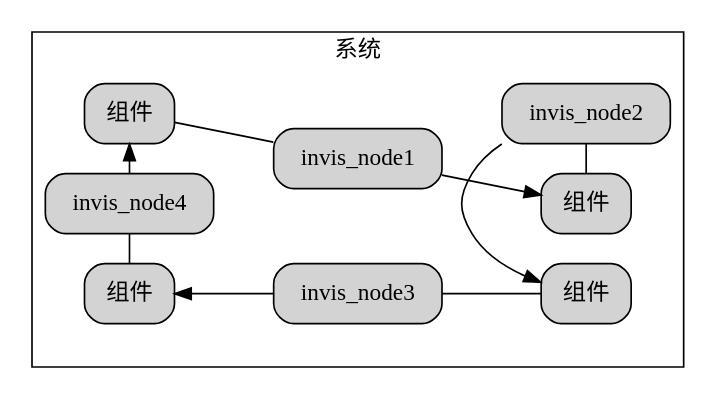
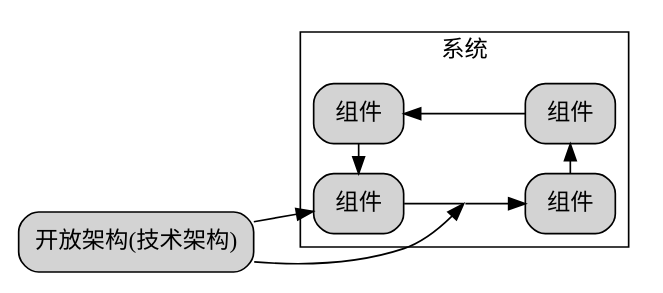
The diagram in parts/definition1.dot (chaozhang2000/soa), drawn with Graphviz before and after one commit. The commit also changed 2 other files, not shown here.

```diff
--- a/parts/definition1.dot
+++ b/parts/definition1.dot
@@ -1,53 +1,51 @@
 digraph G {
   graph [rankdir=LR,compound=true];
   node [shape=box, style="rounded,filled"];
   
   subgraph cluster_MOSA_benefits{
     label="系统"
     node1[label="组件"]
     node2[label="组件"] 
     node3[label="组件"]
     node4[label="组件"]
     
     // 创建不可见节点
     invis_node [shape=point, width=0, height=0, label=""]
     
     // 重新连接节点，在node1和node2之间插入不可见节点
-    node1 -> invis_node1 [dir=none]  // dir=none 表示没有箭头
-    invis_node1 -> node2
+    node1 -> invis_node [dir=none]  // dir=none 表示没有箭头
+    invis_node -> node2
     
-    node2 -> invis_node2 [dir=none]  // dir=none 表示没有箭头node3^
-    invis_node2->node3	
-    node3 -> invis_node3[dir=none]
-    invis_node3->node4	
-    node4 -> invis_node4[dir=none]
-    invis_node4 ->node1
+    node2 -> node3
+    node3 -> node4
+    node4 -> node1
     
-    {rank=same;node1;node4;invis_node4}
-    {rank=same;node2;node3;invis_node2}
-    {rank=same;invis_node1;invis_node3}
+    {rank=same;node1;node4}
+    {rank=same;node2;node3}
   }
+TA[label="开放架构(技术架构)"]
+TA->node1
+TA->invis_node
   
   // 示例：如何连接到隐藏节点
   // external_node -> invis_node
 }
 /*
 digraph G {
   graph [rankdir=LR,compound=true];
   node [shape=box, style="rounded,filled"];
 subgraph cluster_MOSA_benefits{
 	label="系统"
 	node1[label="组件"]
 	node2[label="组件"]
 	node3[label="组件"]
 	node4[label="组件"]
 	node1 -> node2
 	node2->node3
 	node3 ->node4
 	node4 -> node1
 	{rank=same;node1;node4}
 	{rank=same;node2;node3}
 }
 TA[label="开放架构(技术架构)"]
-}
-*/
+}*/
```
